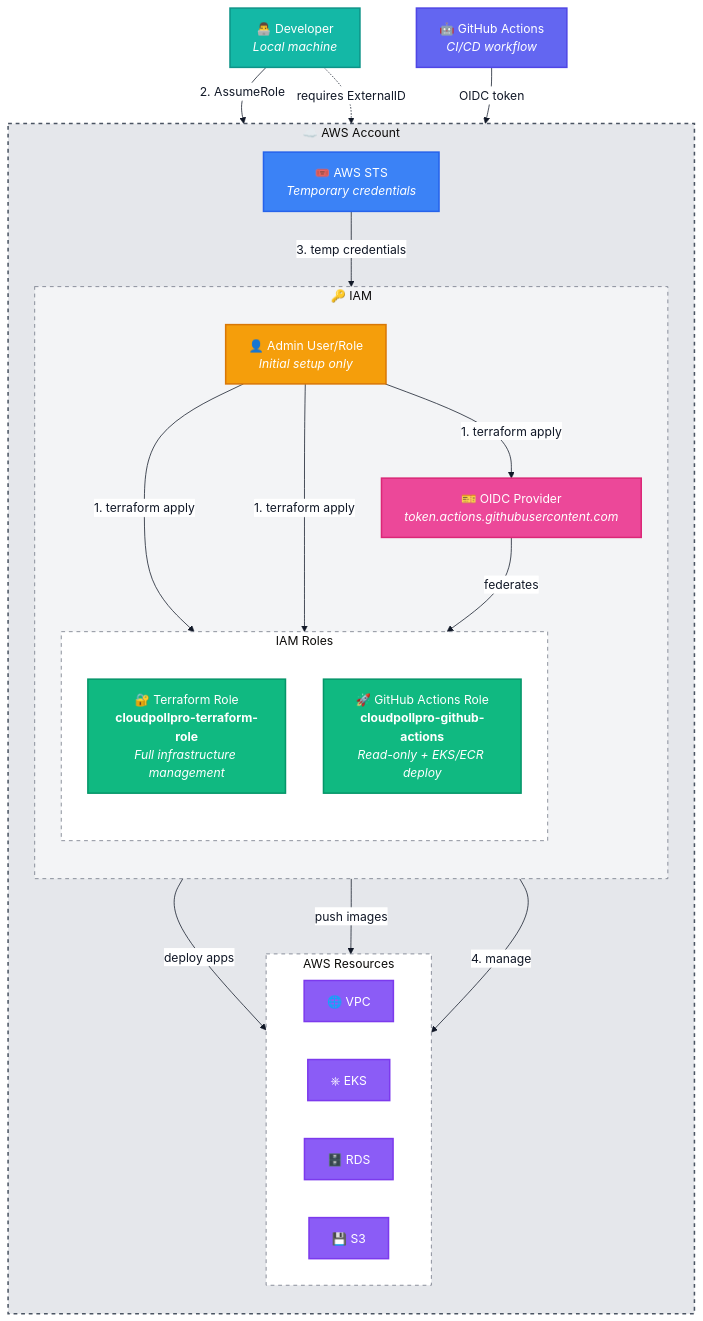
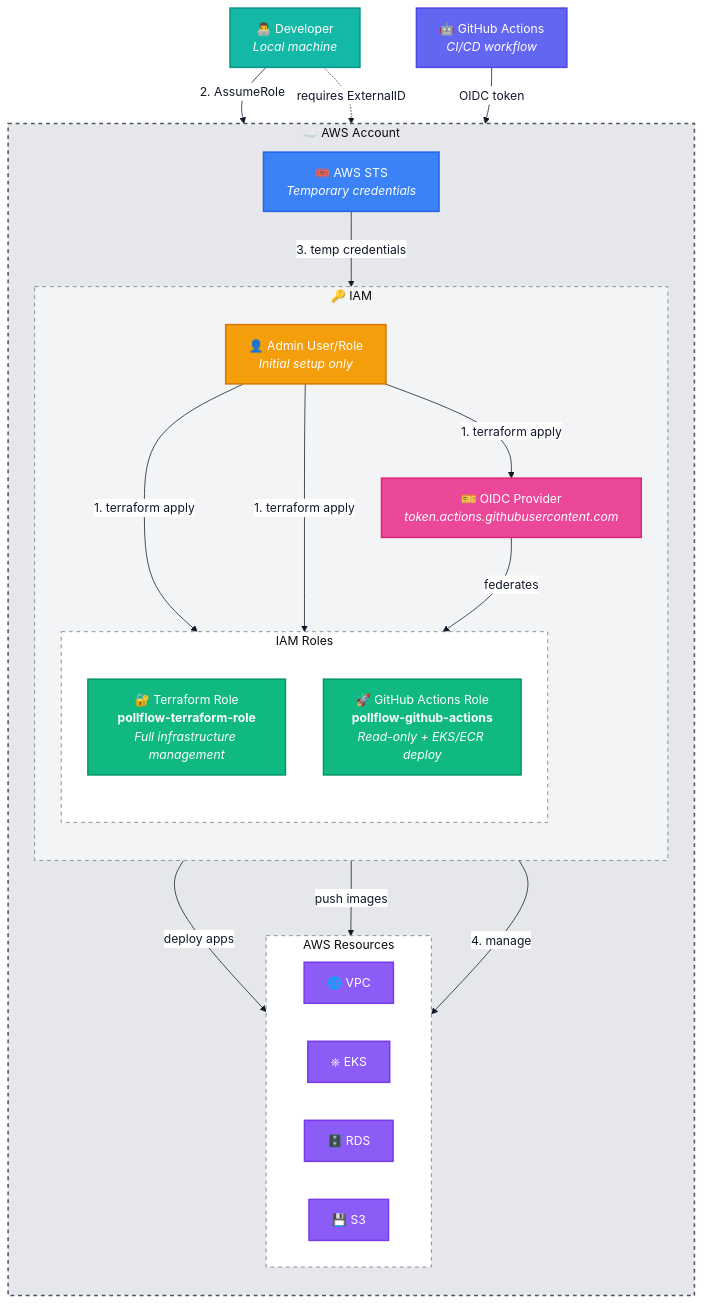
The first of 2 diagrams in infra/tf-bootstrap/README.md (aviyadeveloper/pollflow), drawn with Mermaid before and after one commit. The commit also changed other lines of this file and 36 other files, not shown here.

Commit message:
chore: change cloudpollpro project name to pollflow

````diff
--- a/infra/tf-bootstrap/README.md
+++ b/infra/tf-bootstrap/README.md
@@ -31,75 +31,75 @@
 ```mermaid
 %%{init: {'theme':'base', 'themeVariables': { 'primaryColor':'#e5e7eb','primaryTextColor':'#111827','primaryBorderColor':'#9ca3af','lineColor':'#111827','secondaryColor':'#d1d5db','tertiaryColor':'#f3f4f6','edgeLabelBackground':'#ffffff','mainBkg':'#f5f5f4','nodeBorder':'#9ca3af','background':'#f5f5f4','clusterBkg':'transparent'},'themeCSS':'.node rect, .node circle, .node ellipse, .node polygon, .node path { filter: none !important; box-shadow: none !important; } .cluster rect { filter: none !important; box-shadow: none !important; } svg { background-color: #f5f5f4 !important; } .cluster-label { background-color: #ffffff !important; padding: 6px 12px !important; border-radius: 4px !important; font-size: 16px !important; font-weight: 700 !important; box-shadow: 0 1px 3px rgba(0,0,0,0.12) !important; border: 1px solid #d1d5db !important; } .edgePath, .edgePath path, .flowchart-link { z-index: 1 !important; }'}}%%
 graph TB
     DEV["👨‍💻 Developer<br/><i>Local machine</i>"]
     GITHUB["🤖 GitHub Actions<br/><i>CI/CD workflow</i>"]
     
     subgraph AWS["☁️ AWS Account"]
         direction TB
         
         subgraph IAM["🔑 IAM"]
             direction TB
             
             ADMIN["👤 Admin User/Role<br/><i>Initial setup only</i>"]
             
             subgraph ROLES["IAM Roles"]
                 direction TB
-                TERRAFORM_ROLE["🔐 Terraform Role<br/><b>cloudpollpro-terraform-role</b><br/><i>Full infrastructure management</i>"]
-                GITHUB_ROLE["🚀 GitHub Actions Role<br/><b>cloudpollpro-github-actions</b><br/><i>Read-only + EKS/ECR deploy</i>"]
+                TERRAFORM_ROLE["🔐 Terraform Role<br/><b>pollflow-terraform-role</b><br/><i>Full infrastructure management</i>"]
+                GITHUB_ROLE["🚀 GitHub Actions Role<br/><b>pollflow-github-actions</b><br/><i>Read-only + EKS/ECR deploy</i>"]
             end
             
             OIDC["🎫 OIDC Provider<br/><i>token.actions.githubusercontent.com</i>"]
         end
         
         STS["🎟️ AWS STS<br/><i>Temporary credentials</i>"]
         
         subgraph RESOURCES["AWS Resources"]
             direction LR
             VPC["🌐 VPC"]
             EKS["⎈ EKS"]
             RDS["🗄️ RDS"]
             S3["💾 S3"]
         end
     end
 
     %% Bootstrap phase
     ADMIN -->|1. terraform apply| TERRAFORM_ROLE
     ADMIN -->|1. terraform apply| GITHUB_ROLE
     ADMIN -->|1. terraform apply| OIDC
     
     %% Developer workflow
     DEV -->|2. AssumeRole| STS
     STS -->|3. temp credentials| TERRAFORM_ROLE
     TERRAFORM_ROLE -->|4. manage| RESOURCES
     
     %% GitHub Actions workflow
     GITHUB -->|OIDC token| OIDC
     OIDC -->|federates| GITHUB_ROLE
     GITHUB_ROLE -->|deploy apps| EKS
     GITHUB_ROLE -->|push images| S3
     
     %% External ID requirement
     DEV -.->|requires ExternalID| STS
 
     %% Styling
     classDef userStyle fill:#14B8A6,stroke:#0D9488,stroke-width:2px,color:#fff
     classDef adminStyle fill:#F59E0B,stroke:#D97706,stroke-width:2px,color:#fff
     classDef roleStyle fill:#10B981,stroke:#059669,stroke-width:2px,color:#fff
     classDef stsStyle fill:#3B82F6,stroke:#2563EB,stroke-width:2px,color:#fff
     classDef resourceStyle fill:#8B5CF6,stroke:#7C3AED,stroke-width:2px,color:#fff
     classDef oidcStyle fill:#EC4899,stroke:#DB2777,stroke-width:2px,color:#fff
     classDef githubStyle fill:#6366F1,stroke:#4F46E5,stroke-width:2px,color:#fff
     
     class DEV userStyle
     class ADMIN adminStyle
     class TERRAFORM_ROLE,GITHUB_ROLE roleStyle
     class STS stsStyle
     class VPC,EKS,RDS,S3 resourceStyle
     class OIDC oidcStyle
     class GITHUB githubStyle
     
     style AWS fill:#e5e7eb,stroke:#4b5563,stroke-width:2px,stroke-dasharray: 5 5
     style IAM fill:#f3f4f6,stroke:#6b7280,stroke-width:1px,stroke-dasharray: 5 5
     style ROLES fill:#ffffff,stroke:#6b7280,stroke-width:1px,stroke-dasharray: 5 5
     style RESOURCES fill:#ffffff,stroke:#6b7280,stroke-width:1px,stroke-dasharray: 5 5
 ```
````
